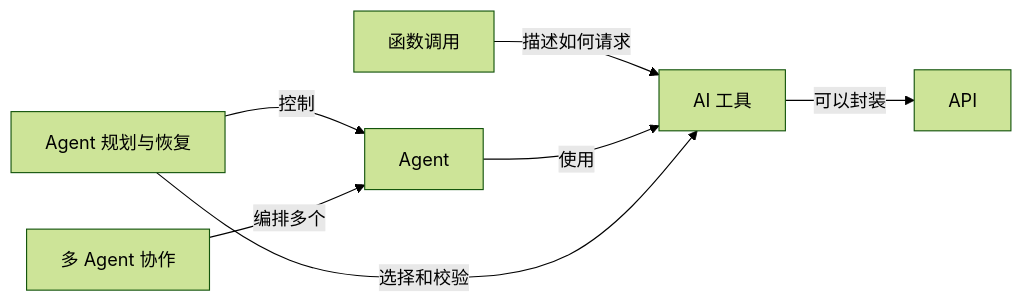
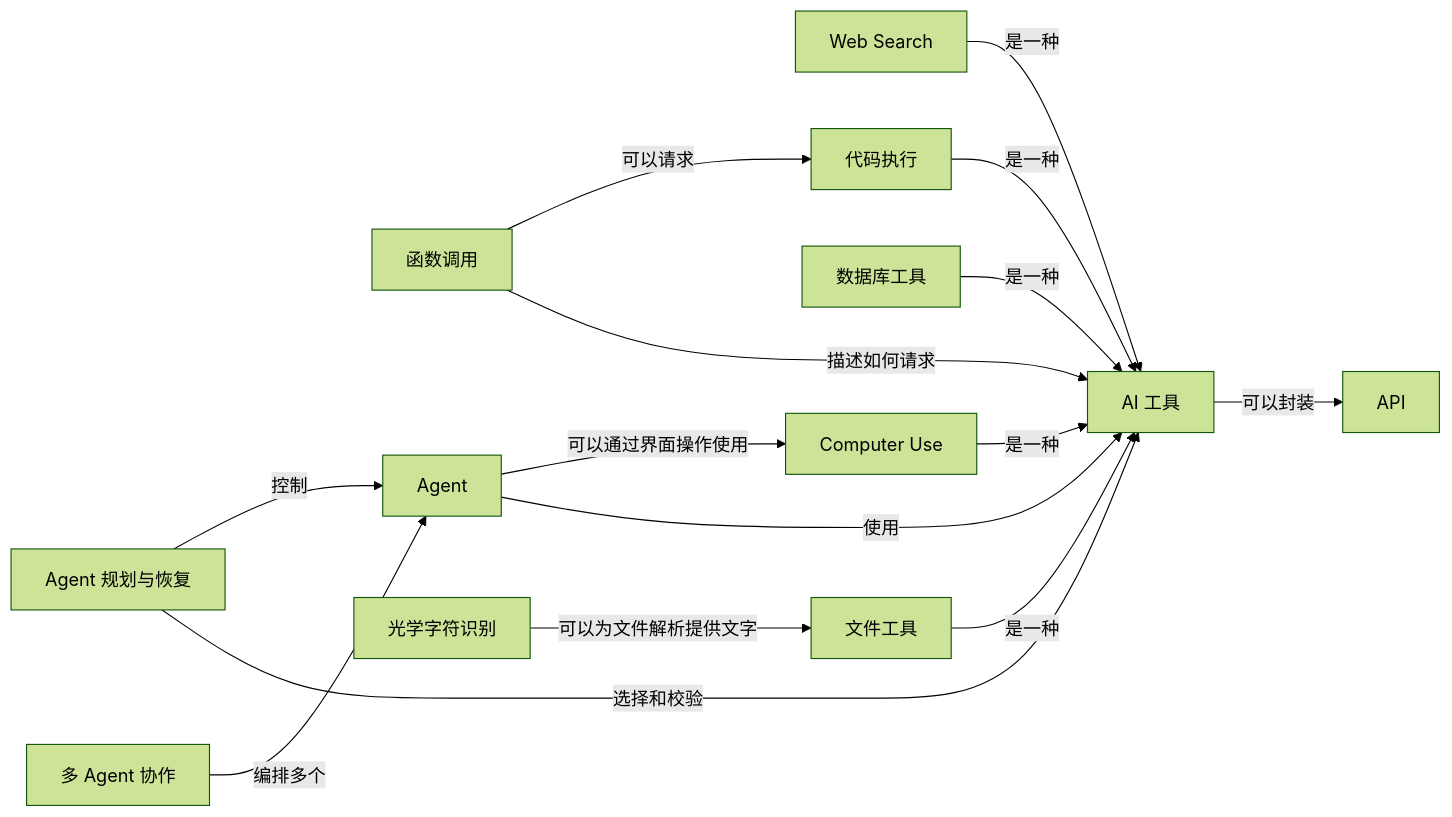
Before and after one commit to z-Zihan/LLM-101: the fifth of 9 diagrams in 知识网络.md, drawn with Mermaid (forest theme). The commit also changed other lines of this file and 15 other files, not shown here.

````diff
--- a/知识网络.md
+++ b/知识网络.md
@@ -193,15 +201,29 @@
 ```mermaid
 flowchart LR
     n_api["API"]
     n_tool["AI 工具"]
     n_function_calling["函数调用"]
     n_agent["Agent"]
     n_agent_planning["Agent 规划与恢复"]
     n_multi_agent["多 Agent 协作"]
+    n_web_search["Web Search"]
+    n_file_tool["文件工具"]
+    n_database_tool["数据库工具"]
+    n_ocr["光学字符识别"]
+    n_code_execution["代码执行"]
+    n_computer_use["Computer Use"]
+    n_web_search -->|"是一种"| n_tool
+    n_file_tool -->|"是一种"| n_tool
+    n_database_tool -->|"是一种"| n_tool
+    n_ocr -->|"可以为文件解析提供文字"| n_file_tool
+    n_code_execution -->|"是一种"| n_tool
+    n_function_calling -->|"可以请求"| n_code_execution
+    n_computer_use -->|"是一种"| n_tool
+    n_agent -->|"可以通过界面操作使用"| n_computer_use
     n_tool -->|"可以封装"| n_api
     n_function_calling -->|"描述如何请求"| n_tool
     n_agent -->|"使用"| n_tool
     n_agent_planning -->|"控制"| n_agent
     n_agent_planning -->|"选择和校验"| n_tool
     n_multi_agent -->|"编排多个"| n_agent
 ```
````
